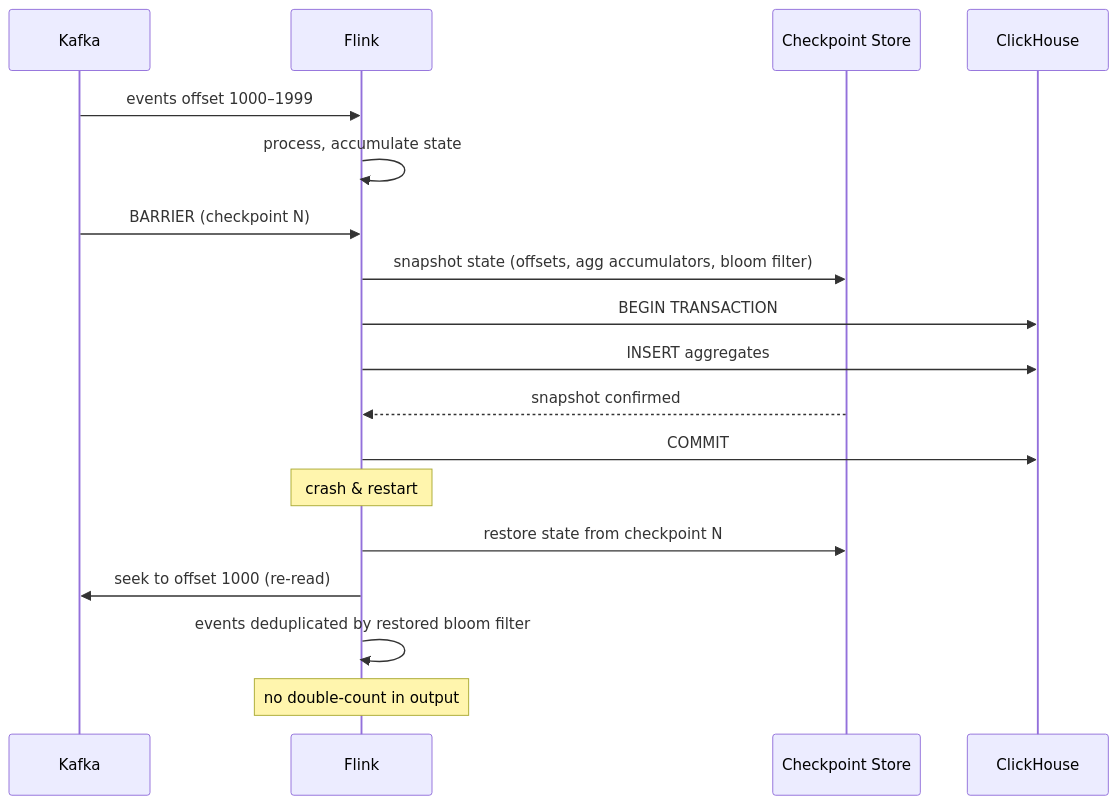
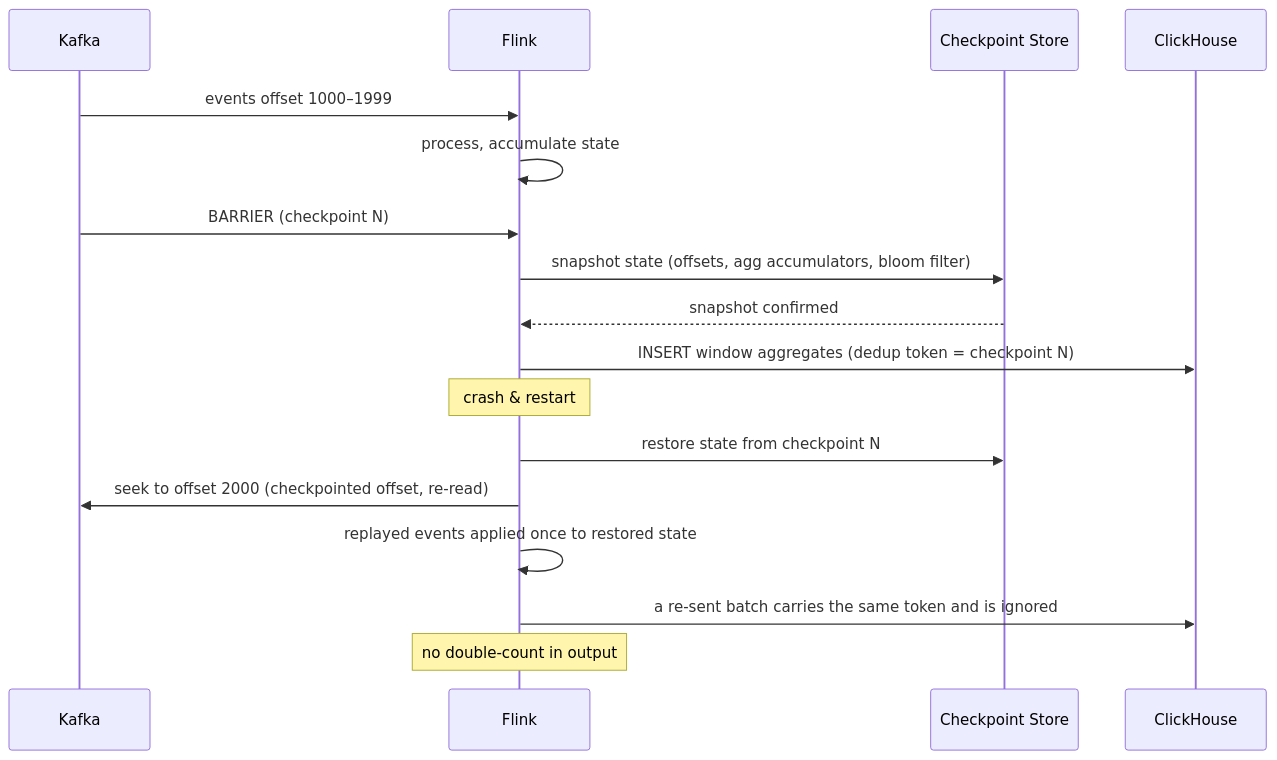
Before and after one commit to Ankan1998/learn-system-design: the third of 6 diagrams in Bonus-Real-World-Architectures/20-Ad-Click-Aggregator/README.md, drawn with Mermaid. The commit also changed other lines of this file and 139 other files, not shown here.

````diff
--- a/Bonus-Real-World-Architectures/20-Ad-Click-Aggregator/README.md
+++ b/Bonus-Real-World-Architectures/20-Ad-Click-Aggregator/README.md
@@ -238,21 +242,20 @@
 ```mermaid
 sequenceDiagram
     participant K as Kafka
     participant F as Flink
     participant S3 as Checkpoint Store
     participant CH as ClickHouse
 
     K->>F: events offset 1000–1999
     F->>F: process, accumulate state
     K->>F: BARRIER (checkpoint N)
     F->>S3: snapshot state (offsets, agg accumulators, bloom filter)
-    F->>CH: BEGIN TRANSACTION
-    F->>CH: INSERT aggregates
     S3-->>F: snapshot confirmed
-    F->>CH: COMMIT
+    F->>CH: INSERT window aggregates (dedup token = checkpoint N)
     Note over F: crash & restart
     F->>S3: restore state from checkpoint N
-    F->>K: seek to offset 1000 (re-read)
-    F->>F: events deduplicated by restored bloom filter
+    F->>K: seek to offset 2000 (checkpointed offset, re-read)
+    F->>F: replayed events applied once to restored state
+    F->>CH: a re-sent batch carries the same token and is ignored
     Note over F: no double-count in output
 ```
````
